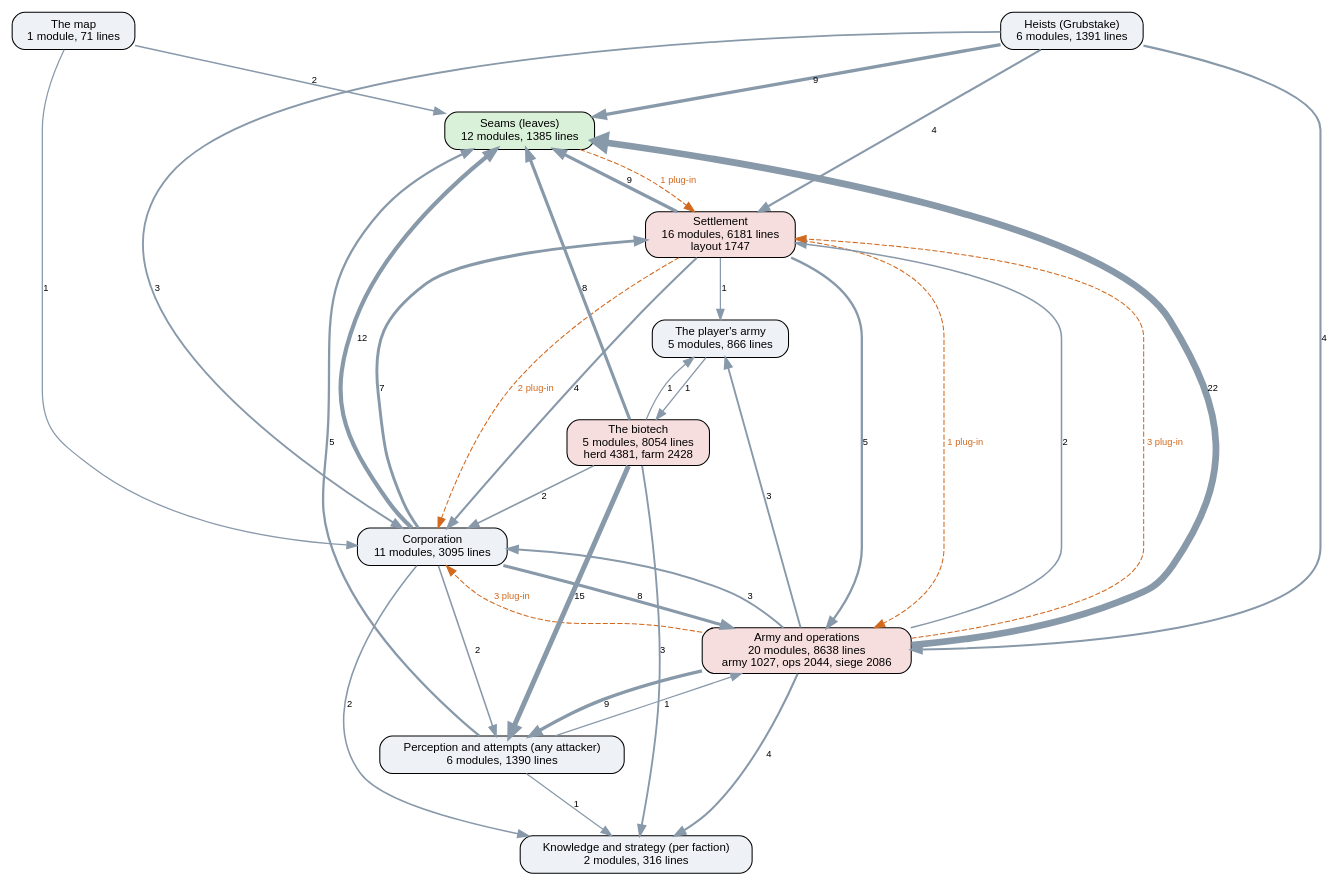
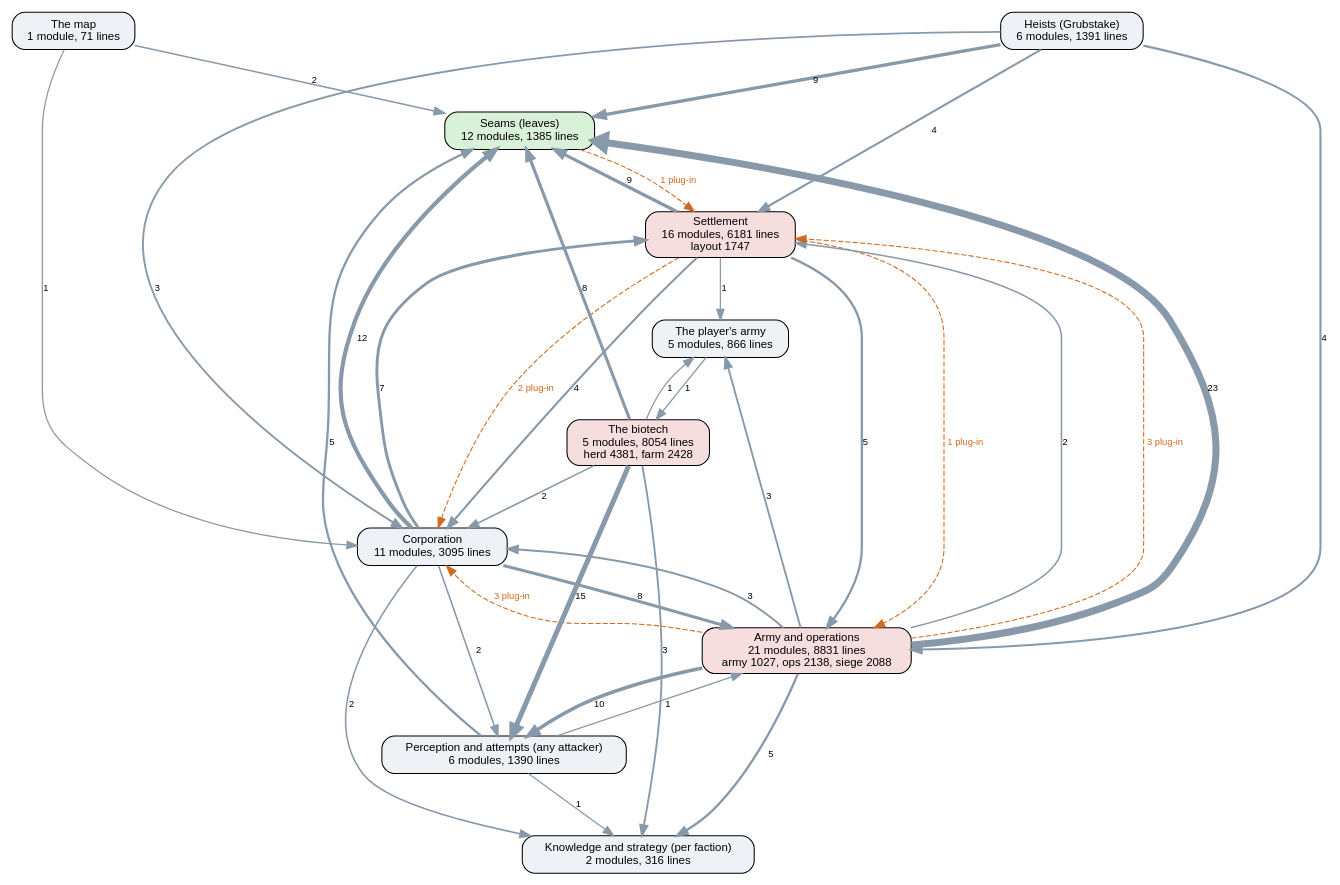
One commit to kinelhu/landing-party changed the diagram in docs/ai-layers.dot. Above: the diagram before and after it, drawn with Graphviz. The commit also changed 16 other files, not shown here.

```diff
--- a/docs/ai-layers.dot
+++ b/docs/ai-layers.dot
@@ -1,50 +1,50 @@
 digraph layers {
   graph [rankdir=TB, fontname="Helvetica", nodesep=0.5, ranksep=0.7];
   node [shape=box, style="rounded,filled", fontname="Helvetica", fontsize=11, fillcolor="#eef2f7"];
   edge [color="#8899aa", fontname="Helvetica", fontsize=9];
   "Seams (leaves)" [label="Seams (leaves)\n12 modules, 1385 lines", fillcolor="#d9f0d9"];
   "Perception and attempts (any attacker)" [label="Perception and attempts (any attacker)\n6 modules, 1390 lines", fillcolor="#eef2f7"];
   "Knowledge and strategy (per faction)" [label="Knowledge and strategy (per faction)\n2 modules, 316 lines", fillcolor="#eef2f7"];
   "Corporation" [label="Corporation\n11 modules, 3095 lines", fillcolor="#eef2f7"];
   "Settlement" [label="Settlement\n16 modules, 6181 lines\nlayout 1747", fillcolor="#f7dede"];
-  "Army and operations" [label="Army and operations\n20 modules, 8638 lines\narmy 1027, ops 2044, siege 2086", fillcolor="#f7dede"];
+  "Army and operations" [label="Army and operations\n21 modules, 8831 lines\narmy 1027, ops 2138, siege 2088", fillcolor="#f7dede"];
   "Heists (Grubstake)" [label="Heists (Grubstake)\n6 modules, 1391 lines", fillcolor="#eef2f7"];
   "The biotech" [label="The biotech\n5 modules, 8054 lines\nherd 4381, farm 2428", fillcolor="#f7dede"];
   "The map" [label="The map\n1 module, 71 lines", fillcolor="#eef2f7"];
   "The player's army" [label="The player's army\n5 modules, 866 lines", fillcolor="#eef2f7"];
   "Army and operations" -> "Corporation" [label="3", penwidth=1.8];
-  "Army and operations" -> "Knowledge and strategy (per faction)" [label="4", penwidth=2.0];
-  "Army and operations" -> "Perception and attempts (any attacker)" [label="9", penwidth=3.2];
-  "Army and operations" -> "Seams (leaves)" [label="22", penwidth=6.5];
+  "Army and operations" -> "Knowledge and strategy (per faction)" [label="5", penwidth=2.2];
+  "Army and operations" -> "Perception and attempts (any attacker)" [label="10", penwidth=3.5];
+  "Army and operations" -> "Seams (leaves)" [label="23", penwidth=6.8];
   "Army and operations" -> "Settlement" [label="2", penwidth=1.5];
   "Army and operations" -> "The player's army" [label="3", penwidth=1.8];
   "Corporation" -> "Army and operations" [label="8", penwidth=3.0];
   "Corporation" -> "Knowledge and strategy (per faction)" [label="2", penwidth=1.5];
   "Corporation" -> "Perception and attempts (any attacker)" [label="2", penwidth=1.5];
   "Corporation" -> "Seams (leaves)" [label="12", penwidth=4.0];
   "Corporation" -> "Settlement" [label="7", penwidth=2.8];
   "Heists (Grubstake)" -> "Army and operations" [label="4", penwidth=2.0];
   "Heists (Grubstake)" -> "Corporation" [label="3", penwidth=1.8];
   "Heists (Grubstake)" -> "Seams (leaves)" [label="9", penwidth=3.2];
   "Heists (Grubstake)" -> "Settlement" [label="4", penwidth=2.0];
   "Perception and attempts (any attacker)" -> "Army and operations" [label="1", penwidth=1.2];
   "Perception and attempts (any attacker)" -> "Knowledge and strategy (per faction)" [label="1", penwidth=1.2];
   "Perception and attempts (any attacker)" -> "Seams (leaves)" [label="5", penwidth=2.2];
   "Settlement" -> "Army and operations" [label="5", penwidth=2.2];
   "Settlement" -> "Corporation" [label="4", penwidth=2.0];
   "Settlement" -> "Seams (leaves)" [label="9", penwidth=3.2];
   "Settlement" -> "The player's army" [label="1", penwidth=1.2];
   "The biotech" -> "Corporation" [label="2", penwidth=1.5];
   "The biotech" -> "Knowledge and strategy (per faction)" [label="3", penwidth=1.8];
   "The biotech" -> "Perception and attempts (any attacker)" [label="15", penwidth=4.8];
   "The biotech" -> "Seams (leaves)" [label="8", penwidth=3.0];
   "The biotech" -> "The player's army" [label="1", penwidth=1.2];
   "The map" -> "Corporation" [label="1", penwidth=1.2];
   "The map" -> "Seams (leaves)" [label="2", penwidth=1.5];
   "The player's army" -> "The biotech" [label="1", penwidth=1.2];
   "Army and operations" -> "Corporation" [style=dashed, color="#d2691e", fontcolor="#d2691e", label="3 plug-in"];
   "Army and operations" -> "Settlement" [style=dashed, color="#d2691e", fontcolor="#d2691e", label="3 plug-in"];
   "Seams (leaves)" -> "Settlement" [style=dashed, color="#d2691e", fontcolor="#d2691e", label="1 plug-in"];
   "Settlement" -> "Army and operations" [style=dashed, color="#d2691e", fontcolor="#d2691e", label="1 plug-in"];
   "Settlement" -> "Corporation" [style=dashed, color="#d2691e", fontcolor="#d2691e", label="2 plug-in"];
 }
```
